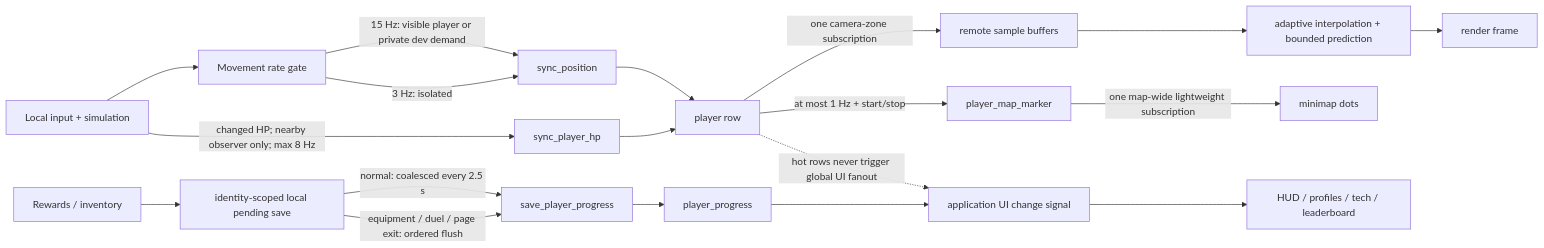
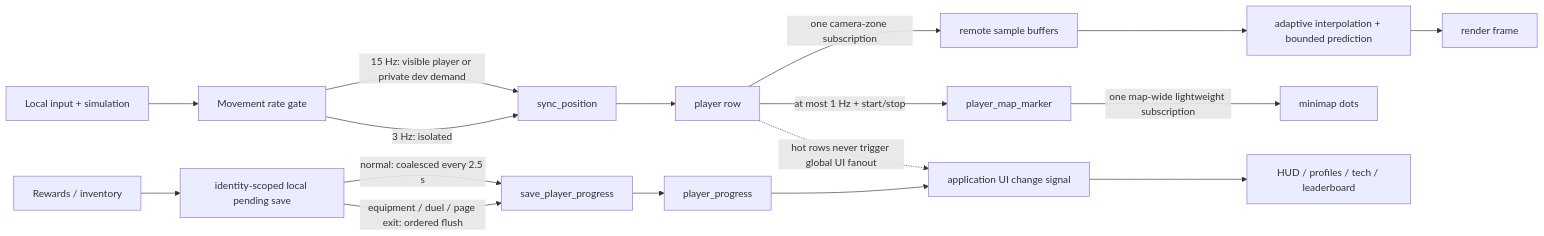
The first of 4 diagrams in docs/realtime-data-flow.md (Tydoskus/wildwood), drawn with Mermaid before and after one commit. The commit also changed other lines of this file and 25 other files, not shown here.

````diff
--- a/docs/realtime-data-flow.md
+++ b/docs/realtime-data-flow.md
@@ -7,25 +7,22 @@
 ```mermaid
 flowchart LR
   Input["Local input + simulation"] --> PositionGate["Movement rate gate"]
   PositionGate -->|"15 Hz: visible player or private dev demand"| PositionReducer["sync_position"]
   PositionGate -->|"3 Hz: isolated"| PositionReducer
   PositionReducer --> PlayerRow["player row"]
   PlayerRow -->|"one camera-zone subscription"| MotionCache["remote sample buffers"]
   MotionCache --> Interpolation["adaptive interpolation + bounded prediction"]
   Interpolation --> Frame["render frame"]
-
-  Input -->|"changed HP; nearby observer only; max 8 Hz"| HpReducer["sync_player_hp"]
-  HpReducer --> PlayerRow
 
   PlayerRow -->|"at most 1 Hz + start/stop"| MarkerRow["player_map_marker"]
   MarkerRow -->|"one map-wide lightweight subscription"| Minimap["minimap dots"]
 
   Rewards["Rewards / inventory"] --> Pending["identity-scoped local pending save"]
   Pending -->|"normal: coalesced every 2.5 s"| ProgressReducer["save_player_progress"]
   Pending -->|"equipment / duel / page exit: ordered flush"| ProgressReducer
   ProgressReducer --> ProgressRow["player_progress"]
 
   PlayerRow -. "hot rows never trigger global UI fanout" .-> UiSignal["application UI change signal"]
   ProgressRow --> UiSignal
   UiSignal --> Windows["HUD / profiles / tech / leaderboard"]
 ```
````
